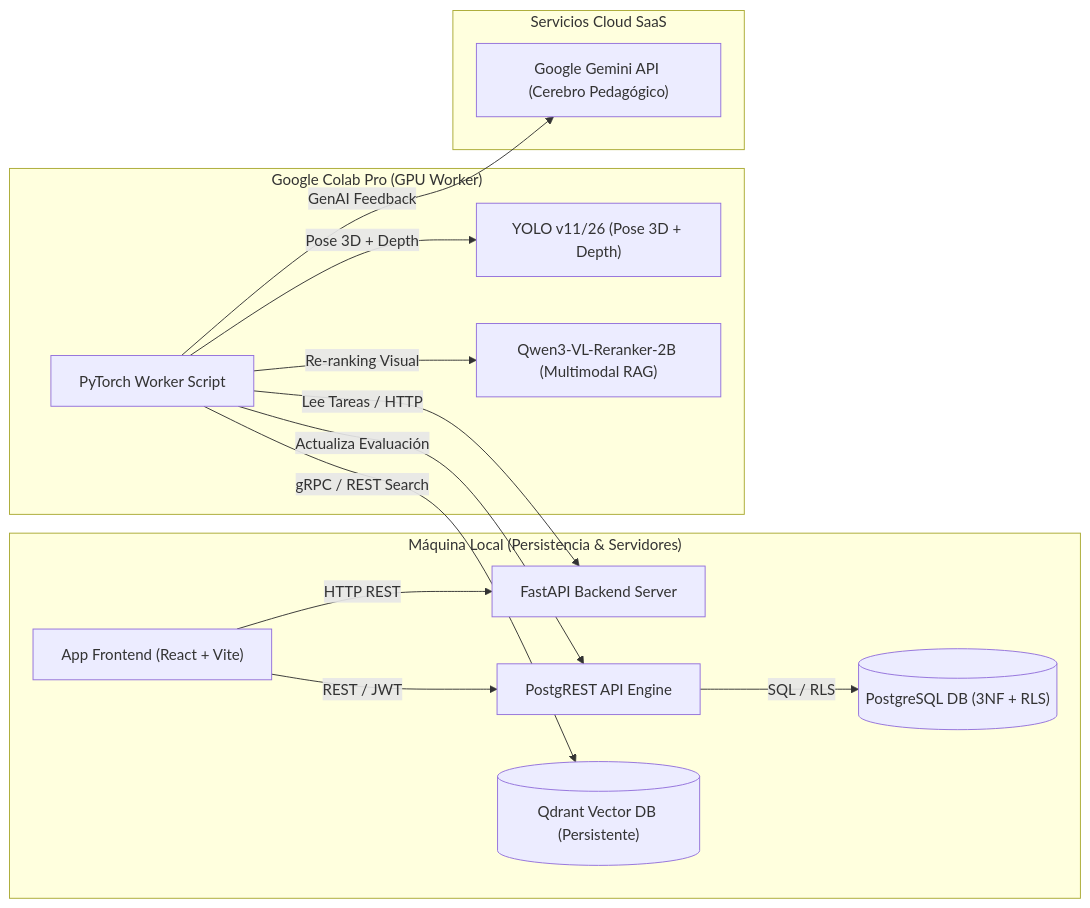
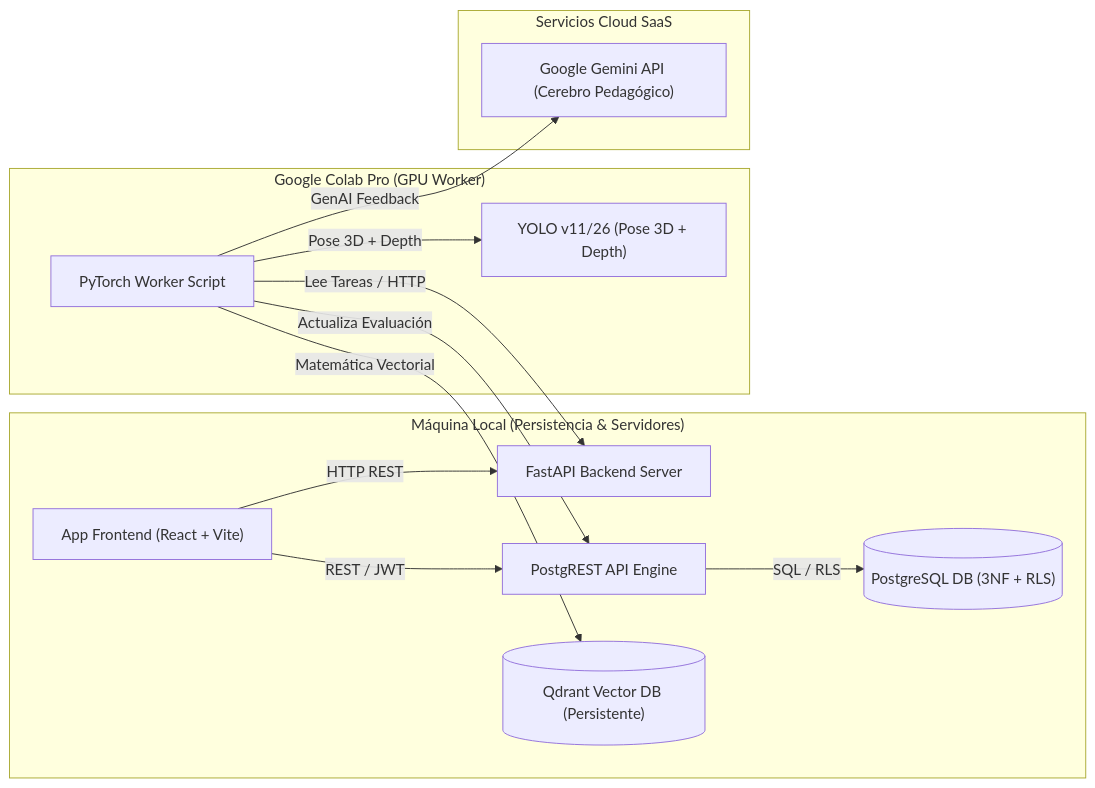
The third of 3 diagrams in ProyectoGrado/docs/ArquitecturaSoftware.md (Tsmrain/JiuJitsu), drawn with Mermaid before and after one commit. The commit also changed other lines of this file and 19 other files, not shown here.

````diff
--- a/ProyectoGrado/docs/ArquitecturaSoftware.md
+++ b/ProyectoGrado/docs/ArquitecturaSoftware.md
@@ -159,31 +158,29 @@
 ```mermaid
 graph LR
     subgraph Local_Machine ["Máquina Local (Persistencia & Servidores)"]
         UI_App["App Frontend (React + Vite)"]
         FastAPI_Node["FastAPI Backend Server"]
         PostgREST_Node["PostgREST API Engine"]
         PostgreSQL_Node[("PostgreSQL DB (3NF + RLS)")]
         Qdrant_Local[("Qdrant Vector DB (Persistente)")]
     end
 
     subgraph Colab_Worker ["Google Colab Pro (GPU Worker)"]
         Python_Worker["PyTorch Worker Script"]
         YOLO_Engine["YOLO v11/26 (Pose 3D + Depth)"]
-        Qwen_Engine["Qwen3-VL-Reranker-2B (Multimodal RAG)"]
     end
 
     subgraph External_SaaS ["Servicios Cloud SaaS"]
         Gemini_SaaS["Google Gemini API (Cerebro Pedagógico)"]
     end
 
     UI_App -->|HTTP REST| FastAPI_Node
     UI_App -->|REST / JWT| PostgREST_Node
     PostgREST_Node -->|SQL / RLS| PostgreSQL_Node
 
     Python_Worker -->|Lee Tareas / HTTP| FastAPI_Node
     Python_Worker -->|Pose 3D + Depth| YOLO_Engine
-    Python_Worker -->|gRPC / REST Search| Qdrant_Local
-    Python_Worker -->|Re-ranking Visual| Qwen_Engine
+    Python_Worker -->|Matemática Vectorial| Qdrant_Local
     Python_Worker -->|GenAI Feedback| Gemini_SaaS
     Python_Worker -->|Actualiza Evaluación| PostgREST_Node
 ```
````
